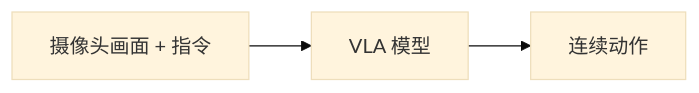
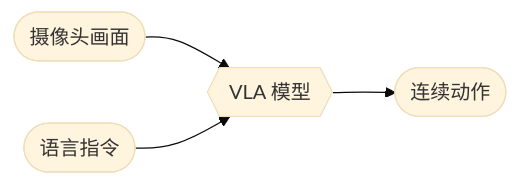
Before and after one commit to YinsenWANG/YinsenWANG.github.io: the third of 6 diagrams in src/content/posts/embodied-ai-as-agent-tools.md, drawn with Mermaid (base theme). The commit also changed other lines of this file and 2 other files, not shown here.

Commit message:
Polish Mermaid diagram design

````diff
--- a/src/content/posts/embodied-ai-as-agent-tools.md
+++ b/src/content/posts/embodied-ai-as-agent-tools.md
@@ -141,5 +155,11 @@
 ```mermaid
 flowchart LR
-  Input["摄像头画面 + 指令"] --> Model["VLA 模型"]
-  Model --> Action["连续动作"]
+  Vision(["摄像头画面"]) --> Model{{"VLA 模型"}}
+  Instruction(["语言指令"]) --> Model
+  Model --> Action(["连续动作"])
+
+  class Vision perception
+  class Instruction entry
+  class Model intelligence
+  class Action action
 ```
````
